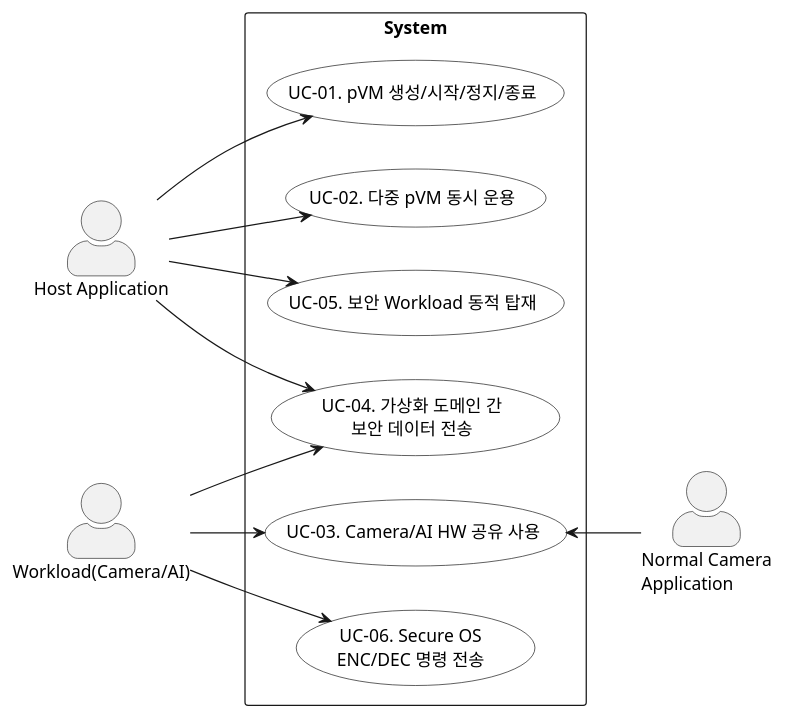
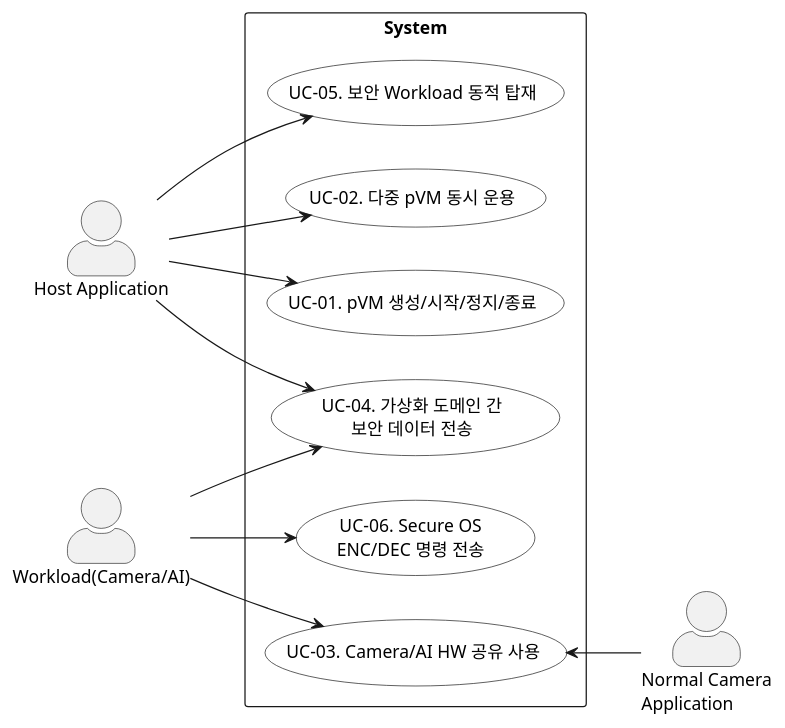
The diagram in docs/01_use_case.md (boram1288/test-p), drawn with PlantUML before and after one commit. The commit also changed other lines of this file and 3 other files, not shown here.

````diff
--- a/docs/01_use_case.md
+++ b/docs/01_use_case.md
@@ -32,37 +32,37 @@
 ```plantuml
 @startuml
 left to right direction
 skinparam packageStyle rectangle
 skinparam actorStyle awesome
 skinparam usecase {
   BackgroundColor White
   BorderColor Black
 }
 
 actor "Host Application" as HostApp
 actor "Workload(Camera/AI)" as Workload
 
 rectangle "System" {
+  usecase "UC-06. Secure OS\nENC/DEC 명령 전송" as UC06
+  usecase "UC-05. 보안 Workload 동적 탑재" as UC05
+  usecase "UC-04. 가상화 도메인 간\n보안 데이터 전송" as UC04
+  usecase "UC-03. Camera/AI HW 공유 사용" as UC03
+  usecase "UC-02. 다중 pVM 동시 운용" as UC02
   usecase "UC-01. pVM 생성/시작/정지/종료" as UC01
-  usecase "UC-02. 다중 pVM 동시 운용" as UC02
-  usecase "UC-03. Camera/AI HW 공유 사용" as UC03
-  usecase "UC-04. 가상화 도메인 간\n보안 데이터 전송" as UC04
-  usecase "UC-05. 보안 Workload 동적 탑재" as UC05
-  usecase "UC-06. Secure OS\nENC/DEC 명령 전송" as UC06
 }
 
 actor "Normal Camera\nApplication" as NormalCameraApp
 
 HostApp --> UC01
 HostApp --> UC02
 HostApp --> UC04
 HostApp --> UC05
 
 Workload --> UC03
 Workload --> UC04
 Workload --> UC06
 
 UC03 <-- NormalCameraApp
 
 @enduml
 ```
````
